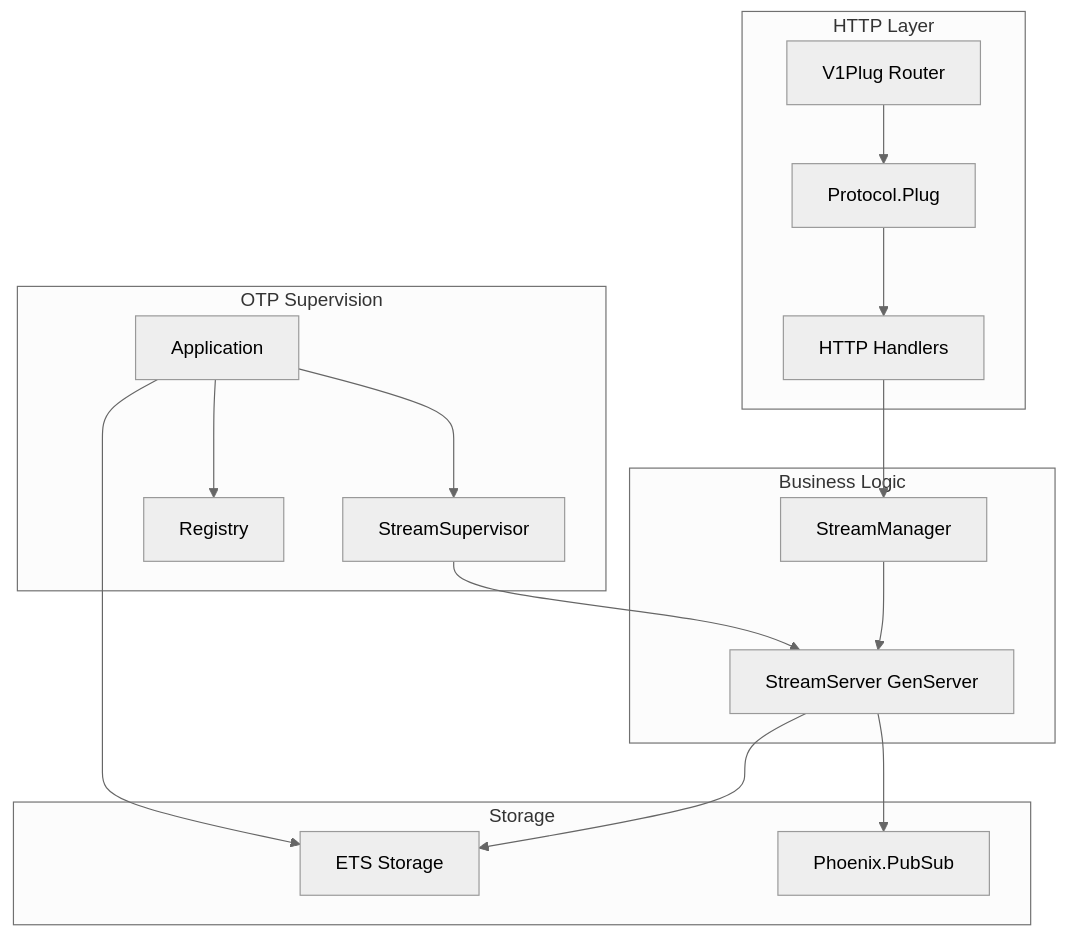
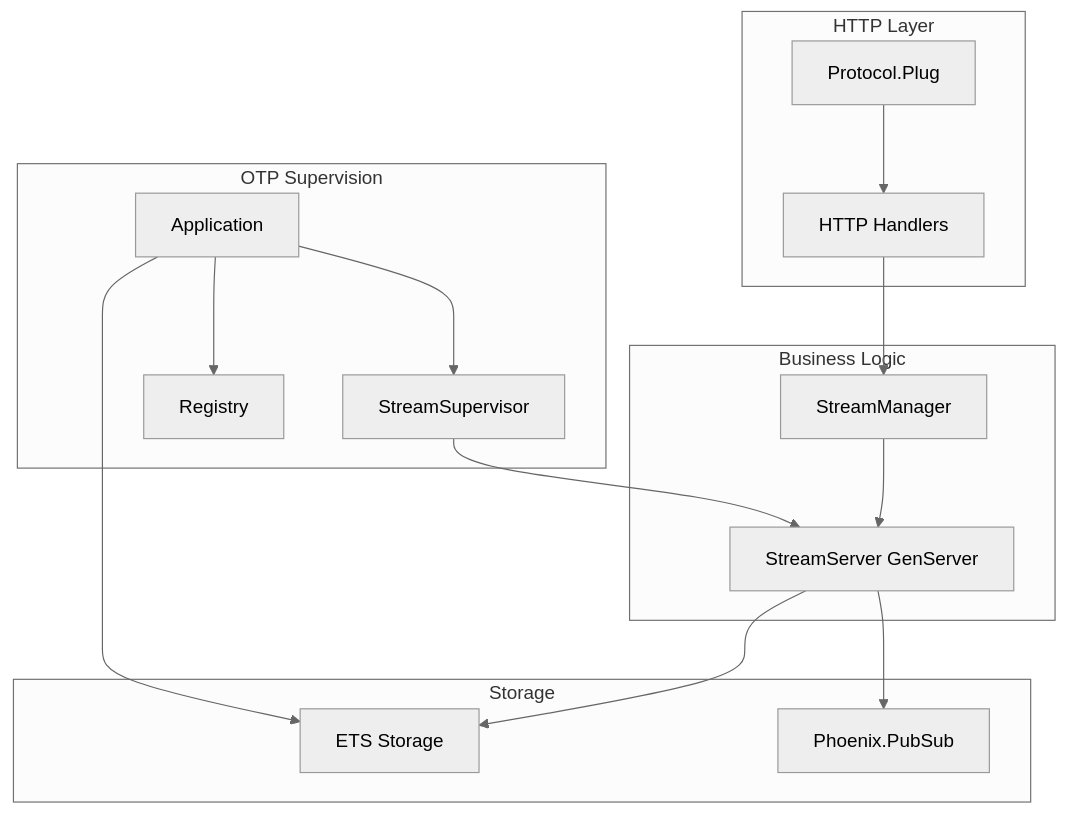
Before and after one commit to errantsky/streamkeeper: the first of 4 diagrams in README.md, drawn with Mermaid (neutral theme). The commit also changed other lines of this file and 5 other files, not shown here.

````diff
--- a/README.md
+++ b/README.md
@@ -411,35 +406,33 @@
 ```mermaid
 graph TB
     subgraph "HTTP Layer"
-        V1Plug[V1Plug Router]
         Plug[Protocol.Plug]
         Handlers[HTTP Handlers]
     end
 
     subgraph "Business Logic"
         SM[StreamManager]
         SS[StreamServer GenServer]
     end
 
     subgraph "Storage"
         ETS[ETS Storage]
         PubSub[Phoenix.PubSub]
     end
 
     subgraph "OTP Supervision"
         App[Application]
         Sup[StreamSupervisor]
         Reg[Registry]
     end
 
-    V1Plug --> Plug
     Plug --> Handlers
     Handlers --> SM
     SM --> SS
     SS --> ETS
     SS --> PubSub
     App --> Sup
     App --> Reg
     App --> ETS
     Sup --> SS
 ```
````
